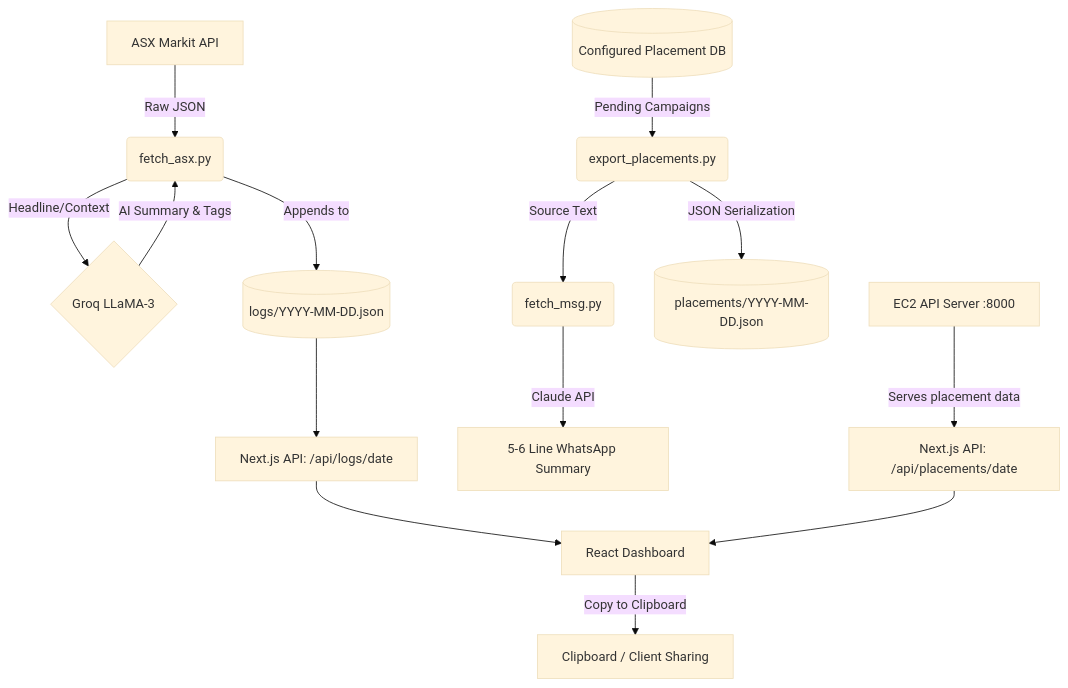
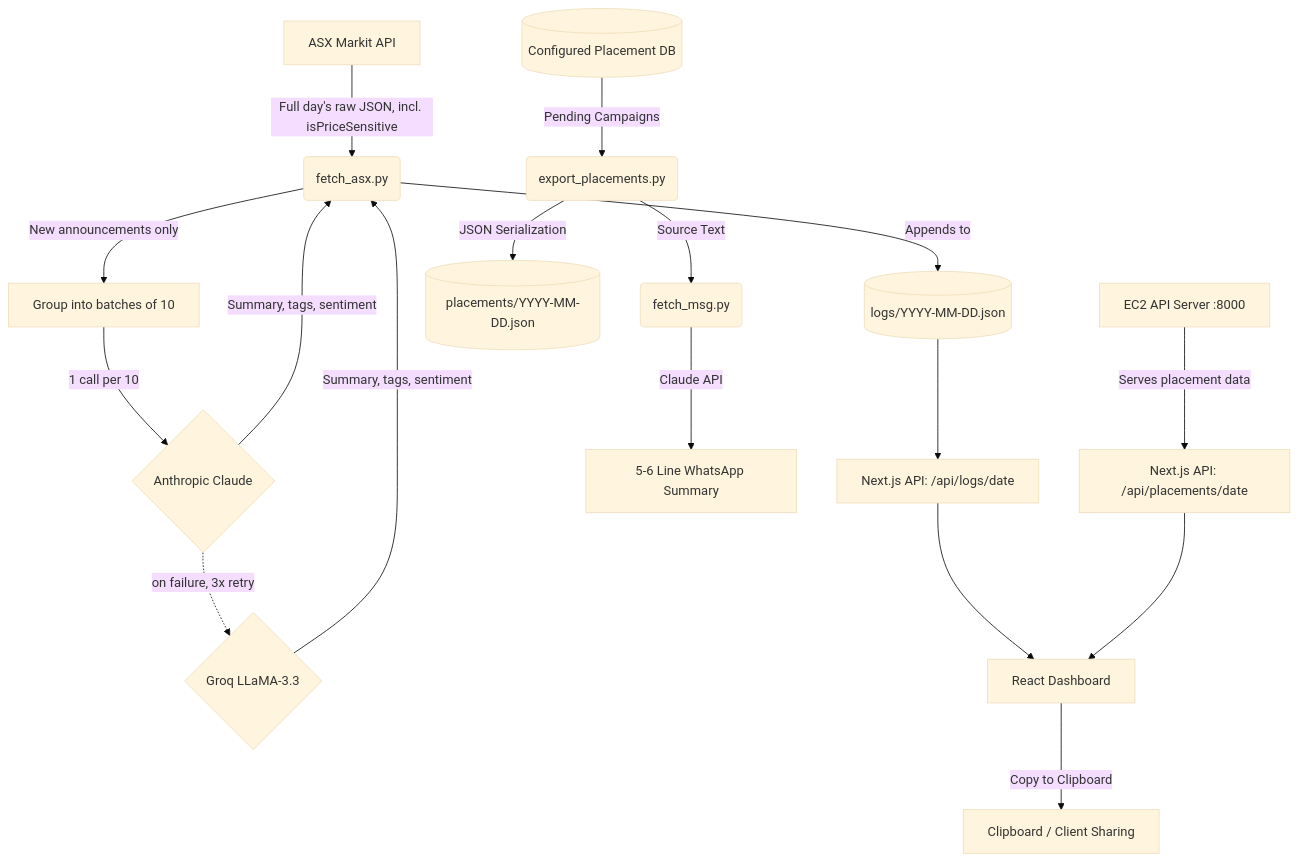
One commit to Vitti-Capital-Tech/ASX_Dashboard changed the diagram in docs/HLD.md. Above: the diagram before and after it, drawn with Mermaid (base theme). The commit also changed other lines of this file and 4 other files, not shown here.

````diff
--- a/docs/HLD.md
+++ b/docs/HLD.md
@@ -34,21 +36,24 @@
 ```mermaid
 graph TD
     %% ASX Announcements Pipeline
-    ASX[ASX Markit API] -->|Raw JSON| FA(fetch_asx.py)
-    FA -->|Headline/Context| G{Groq LLaMA-3}
-    G -->|AI Summary & Tags| FA
+    ASX[ASX Markit API] -->|"Full day's raw JSON, incl. isPriceSensitive"| FA(fetch_asx.py)
+    FA -->|New announcements only| GRP[Group into batches of 10]
+    GRP -->|1 call per 10| CL{Anthropic Claude}
+    CL -.->|on failure, 3x retry| GQ{Groq LLaMA-3.3}
+    CL -->|Summary, tags, sentiment| FA
+    GQ -->|Summary, tags, sentiment| FA
     FA -->|Appends to| DL[(logs/YYYY-MM-DD.json)]
     DL --> BFF1[Next.js API: /api/logs/date]
 
     %% Placement & IPO Pipeline
     DB[(Configured Placement DB)] -->|Pending Campaigns| EP(export_placements.py)
     EP -->|Source Text| FM(fetch_msg.py)
     FM -->|Claude API| WA[5-6 Line WhatsApp Summary]
     EP -->|JSON Serialization| PL[(placements/YYYY-MM-DD.json)]
     EC2[EC2 API Server :8000] -->|Serves placement data| BFF2[Next.js API: /api/placements/date]
 
     %% Frontend Layer
     BFF1 --> Dashboard[React Dashboard]
     BFF2 --> Dashboard
     Dashboard -->|Copy to Clipboard| Clip[Clipboard / Client Sharing]
 ```
````
